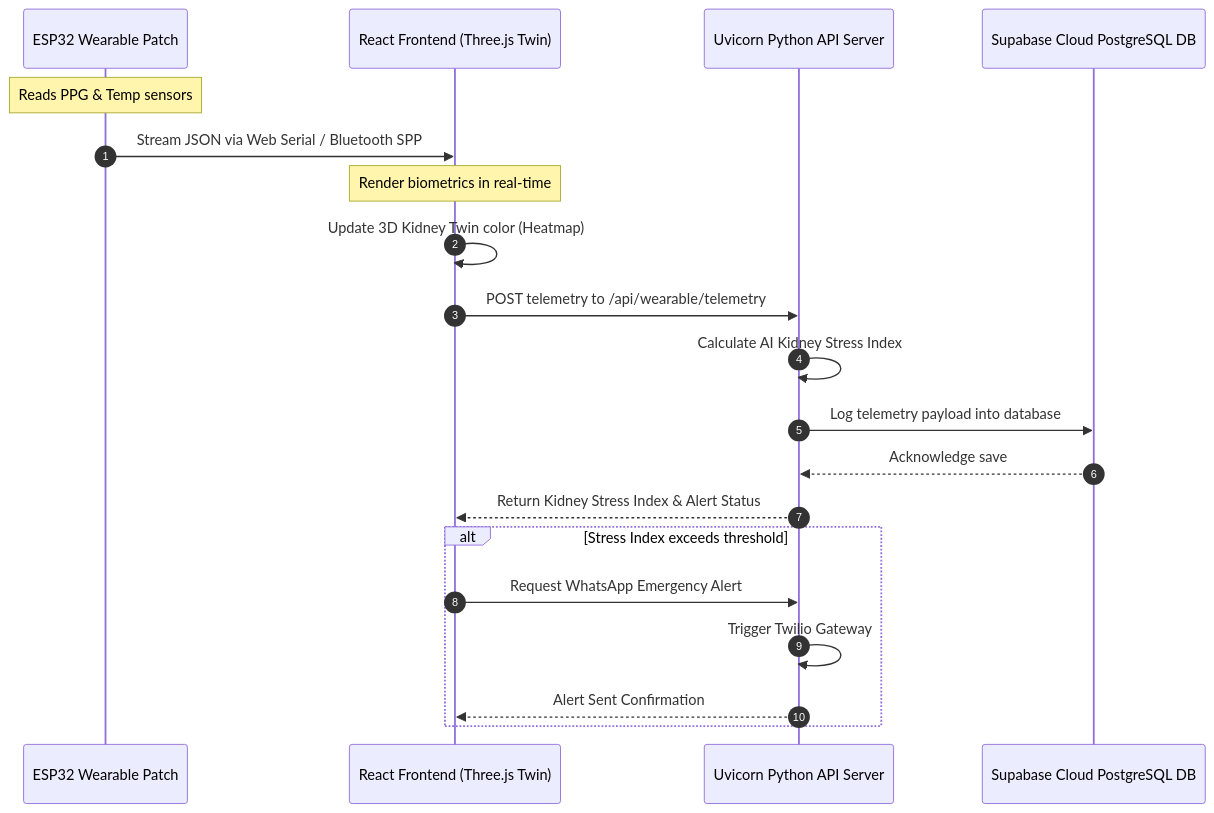
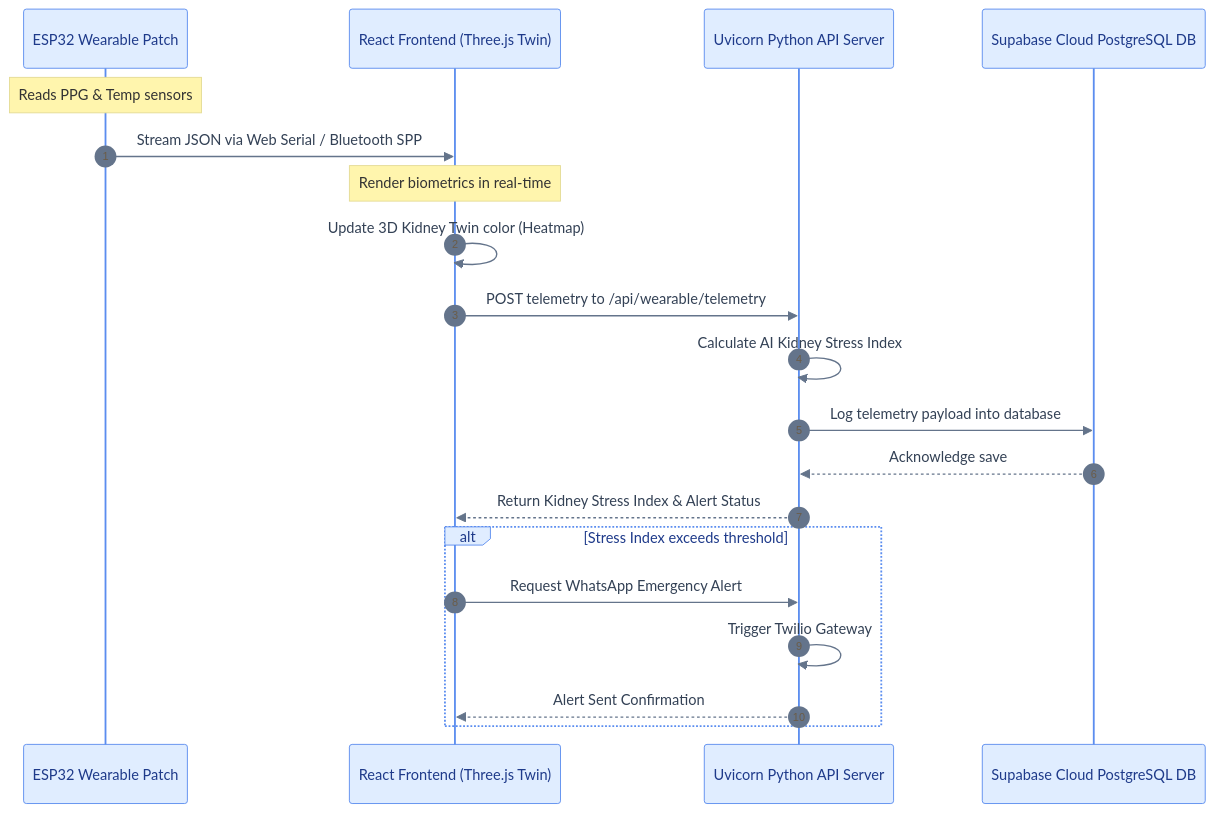
Before and after one commit to Shrutika009/nephrocare: the seventh of 7 diagrams in README.md, drawn with Mermaid. The commit also changed other lines of this file, not shown here.

````diff
--- a/README.md
+++ b/README.md
@@ -218,23 +295,34 @@
 ```mermaid
+%%{init: {'theme':'base', 'themeVariables': {
+  'primaryColor': '#fef3c7',
+  'primaryTextColor': '#78350f',
+  'primaryBorderColor': '#d97706',
+  'lineColor': '#94a3b8',
+  'actorBkg': '#e0edff',
+  'actorBorder': '#5b8def',
+  'actorTextColor': '#1e3a8a',
+  'signalColor': '#64748b',
+  'signalTextColor': '#334155'
+}}}%%
 sequenceDiagram
     autonumber
     participant ESP as ESP32 Wearable Patch
     participant FE as React Frontend (Three.js Twin)
     participant BE as Uvicorn Python API Server
     participant DB as Supabase Cloud PostgreSQL DB
 
     Note over ESP: Reads PPG & Temp sensors
     ESP->>FE: Stream JSON via Web Serial / Bluetooth SPP
     Note over FE: Render biometrics in real-time
     FE->>FE: Update 3D Kidney Twin color (Heatmap)
     FE->>BE: POST telemetry to /api/wearable/telemetry
     BE->>BE: Calculate AI Kidney Stress Index
     BE->>DB: Log telemetry payload into database
     DB-->>BE: Acknowledge save
     BE-->>FE: Return Kidney Stress Index & Alert Status
     alt Stress Index exceeds threshold
         FE->>BE: Request WhatsApp Emergency Alert
         BE->>BE: Trigger Twilio Gateway
         BE-->>FE: Alert Sent Confirmation
     end
 ```
````
